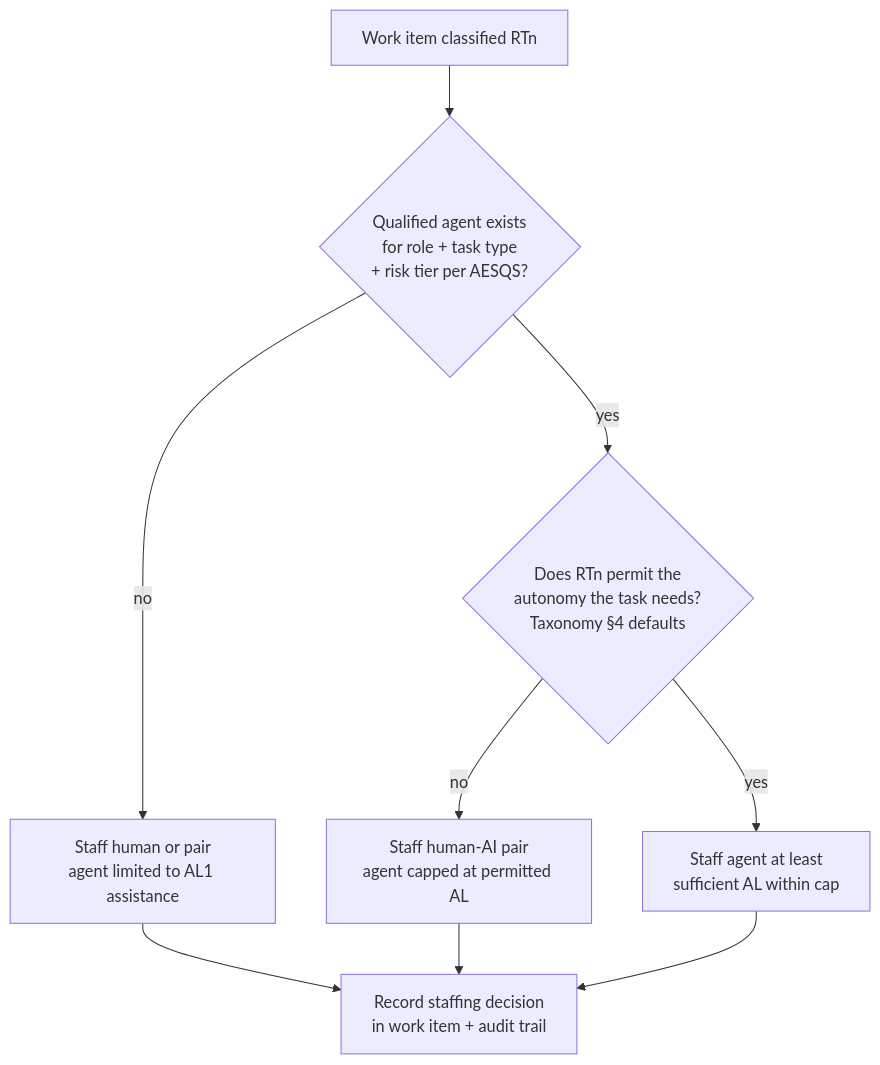
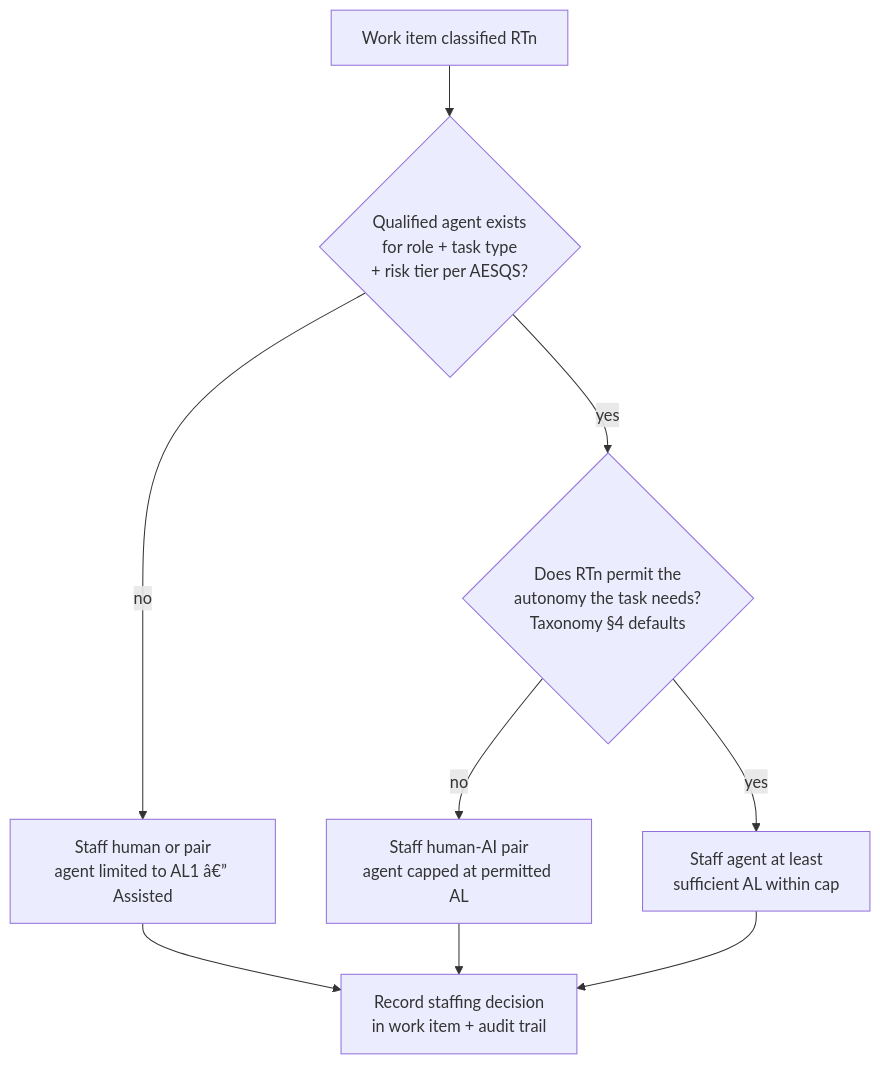
Before and after one commit to umairali7/ai-engineering-standards: the diagram in AEOS/operating-model.md, drawn with Mermaid. The commit also changed other lines of this file and 135 other files, not shown here.

````diff
--- a/AEOS/operating-model.md
+++ b/AEOS/operating-model.md
@@ -79,11 +79,11 @@
 ```mermaid
 flowchart TD
     S[Work item classified RTn] --> Q{Qualified agent exists\nfor role + task type\n+ risk tier per AESQS?}
-    Q -- no --> H[Staff human or pair\nagent limited to AL1 assistance]
+    Q -- no --> H[Staff human or pair\nagent limited to AL1 â€” Assisted]
     Q -- yes --> C{Does RTn permit the\nautonomy the task needs?\nTaxonomy §4 defaults}
     C -- no --> P[Staff human-AI pair\nagent capped at permitted AL]
     C -- yes --> A[Staff agent at least\nsufficient AL within cap]
     H --> G[Record staffing decision\nin work item + audit trail]
     P --> G
     A --> G
 ```
````
